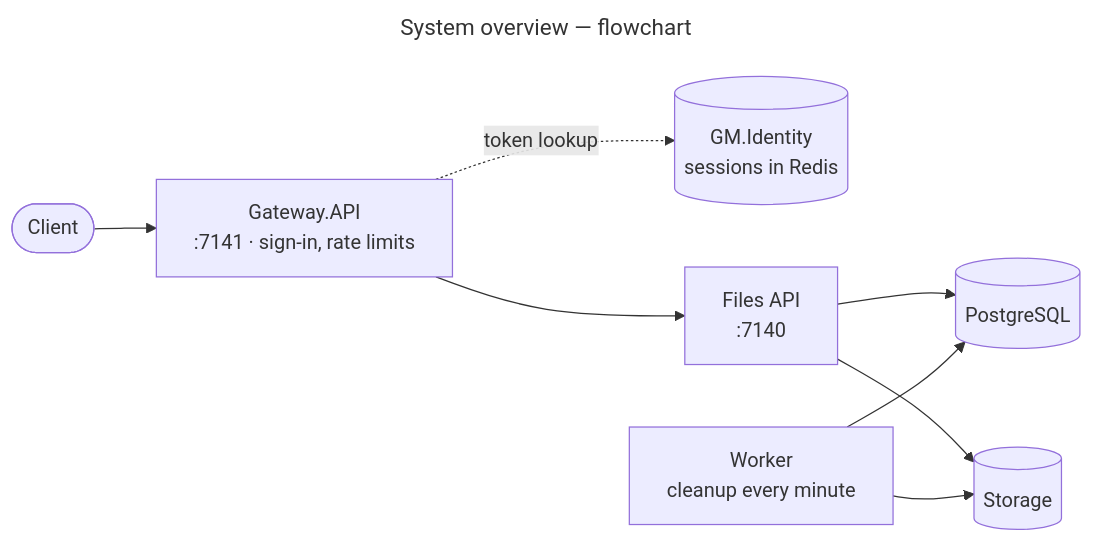
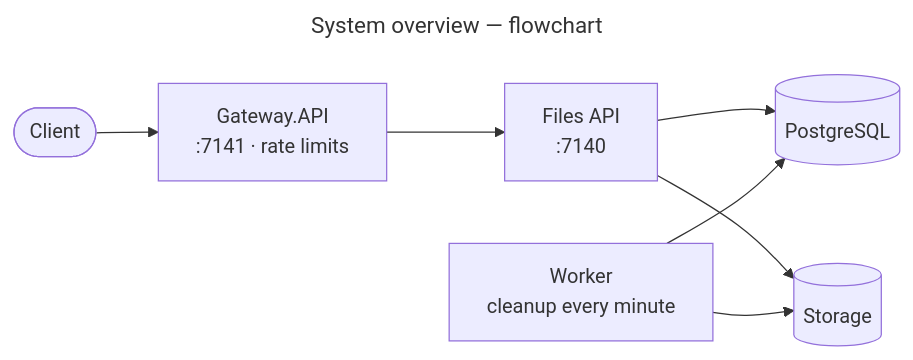
One commit to gmetskhvarishvili/GM.FileStorage.Samples changed the diagram in README.md. Above: the diagram before and after it, drawn with Mermaid. The commit also changed other lines of this file and 22 other files, not shown here.

````diff
--- a/README.md
+++ b/README.md
@@ -30,13 +30,12 @@
 ```mermaid
 ---
 title: System overview — flowchart
 ---
 flowchart LR
-    client([Client]) --> gw[Gateway.API<br/>:7141 · sign-in, rate limits]
-    gw -. token lookup .-> identity[(GM.Identity<br/>sessions in Redis)]
+    client([Client]) --> gw[Gateway.API<br/>:7141 · rate limits]
     gw --> api[Files API<br/>:7140]
     api --> db[(PostgreSQL)]
     api --> store[(Storage)]
     worker[Worker<br/>cleanup every minute] --> db
     worker --> store
 ```
````
